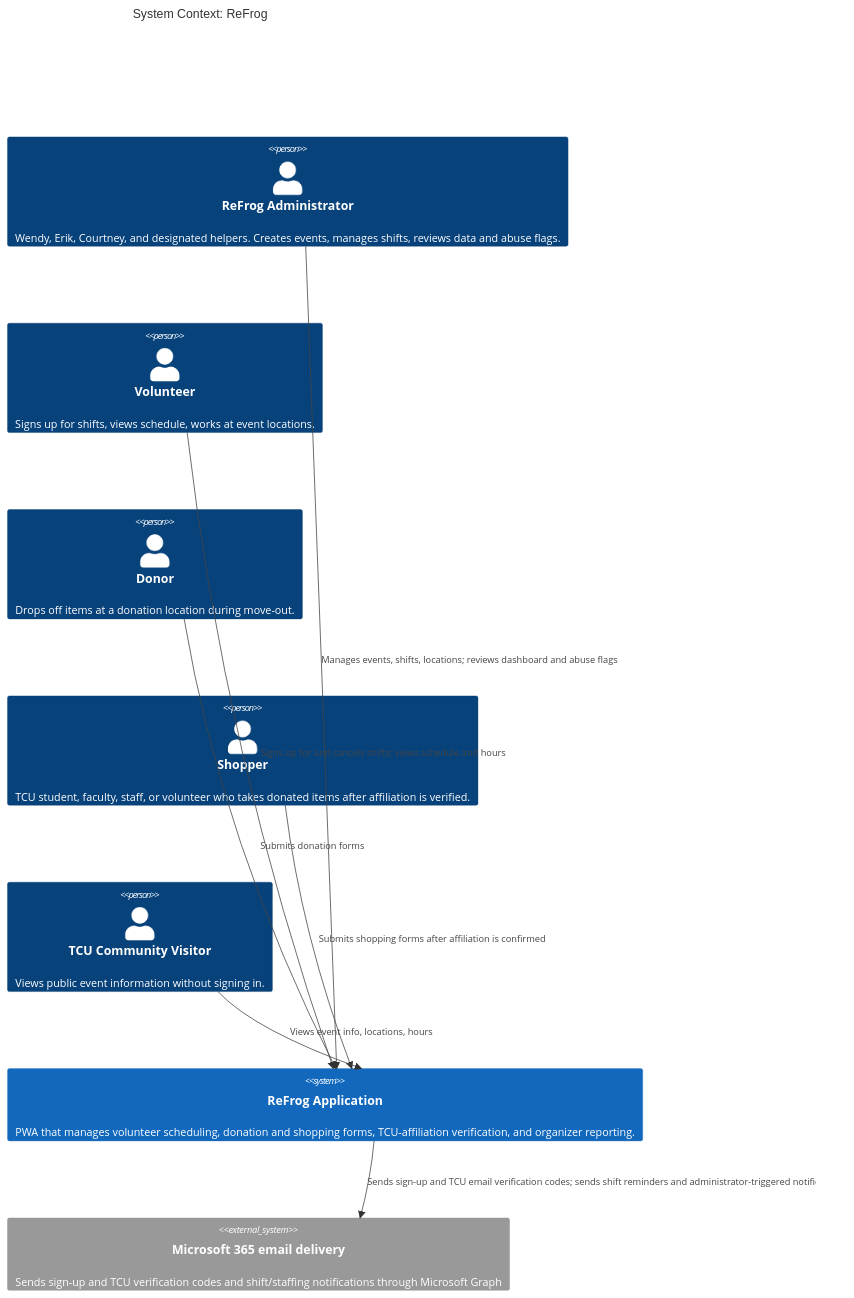
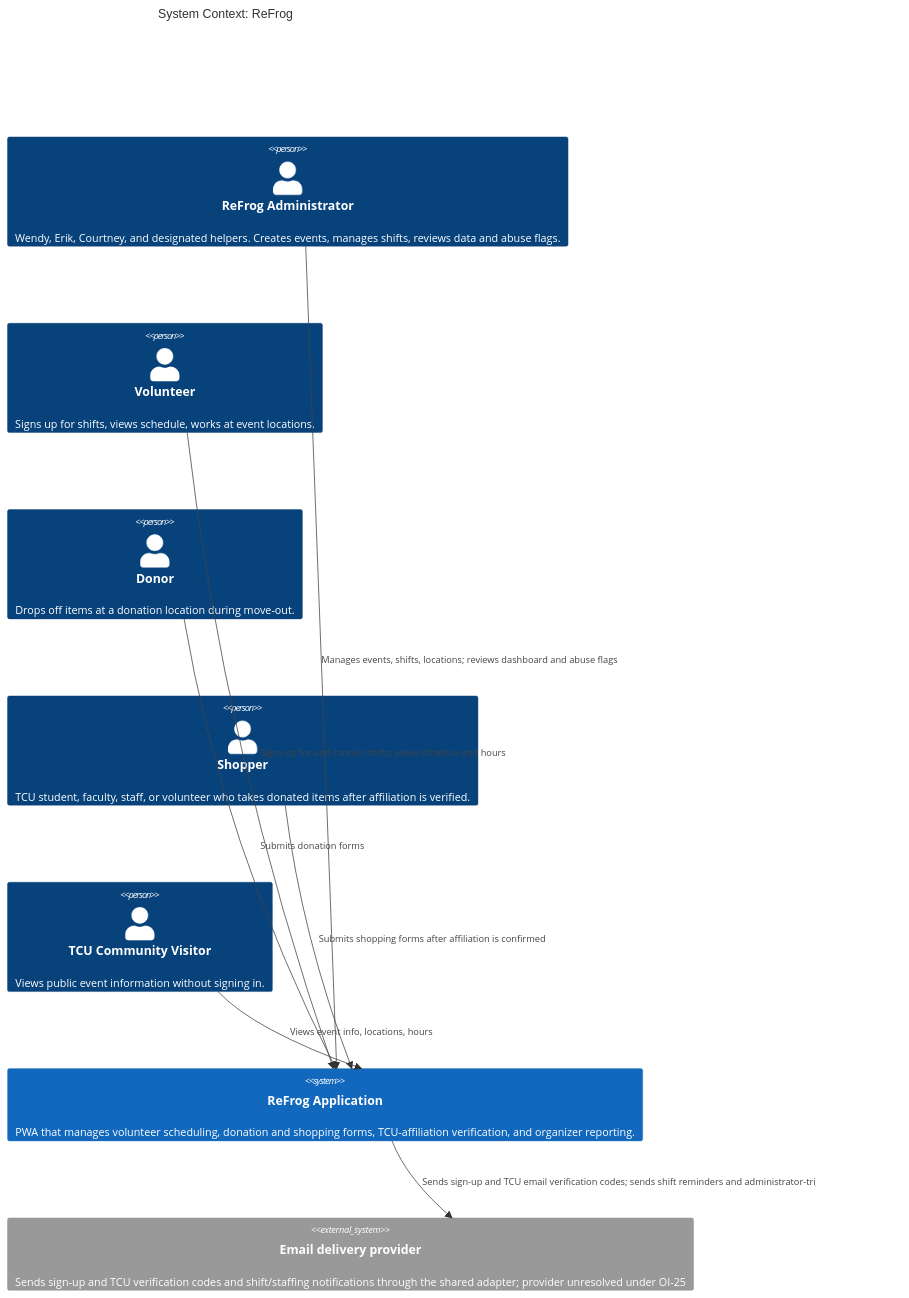
Before and after one commit to evelyntrann/cosc-40943-team-3-refrog: the first of 3 diagrams in docs/design/architectural-design.md, drawn with Mermaid. The commit also changed other lines of this file and 22 other files, not shown here.

````diff
--- a/docs/design/architectural-design.md
+++ b/docs/design/architectural-design.md
@@ -113,21 +113,21 @@
 ```mermaid
 C4Context
     title System Context: ReFrog
 
     Person(admin, "ReFrog Administrator", "Wendy, Erik, Courtney, and designated helpers. Creates events, manages shifts, reviews data and abuse flags.")
     Person(volunteer, "Volunteer", "Signs up for shifts, views schedule, works at event locations.")
     Person(donor, "Donor", "Drops off items at a donation location during move-out.")
     Person(shopper, "Shopper", "TCU student, faculty, staff, or volunteer who takes donated items after affiliation is verified.")
     Person(visitor, "TCU Community Visitor", "Views public event information without signing in.")
 
     System(refrog, "ReFrog Application", "PWA that manages volunteer scheduling, donation and shopping forms, TCU-affiliation verification, and organizer reporting.")
 
-    System_Ext(notification, "Microsoft 365 email delivery", "Sends sign-up and TCU verification codes and shift/staffing notifications through Microsoft Graph")
+    System_Ext(notification, "Email delivery provider", "Sends sign-up and TCU verification codes and shift/staffing notifications through the shared adapter; provider unresolved under OI-25")
 
     Rel(admin, refrog, "Manages events, shifts, locations; reviews dashboard and abuse flags")
     Rel(volunteer, refrog, "Signs up for and cancels shifts; views schedule and hours")
     Rel(donor, refrog, "Submits donation forms")
     Rel(shopper, refrog, "Submits shopping forms after affiliation is confirmed")
     Rel(visitor, refrog, "Views event info, locations, hours")
     Rel(refrog, notification, "Sends sign-up and TCU email verification codes; sends shift reminders and administrator-triggered notifications")
 ```
````
